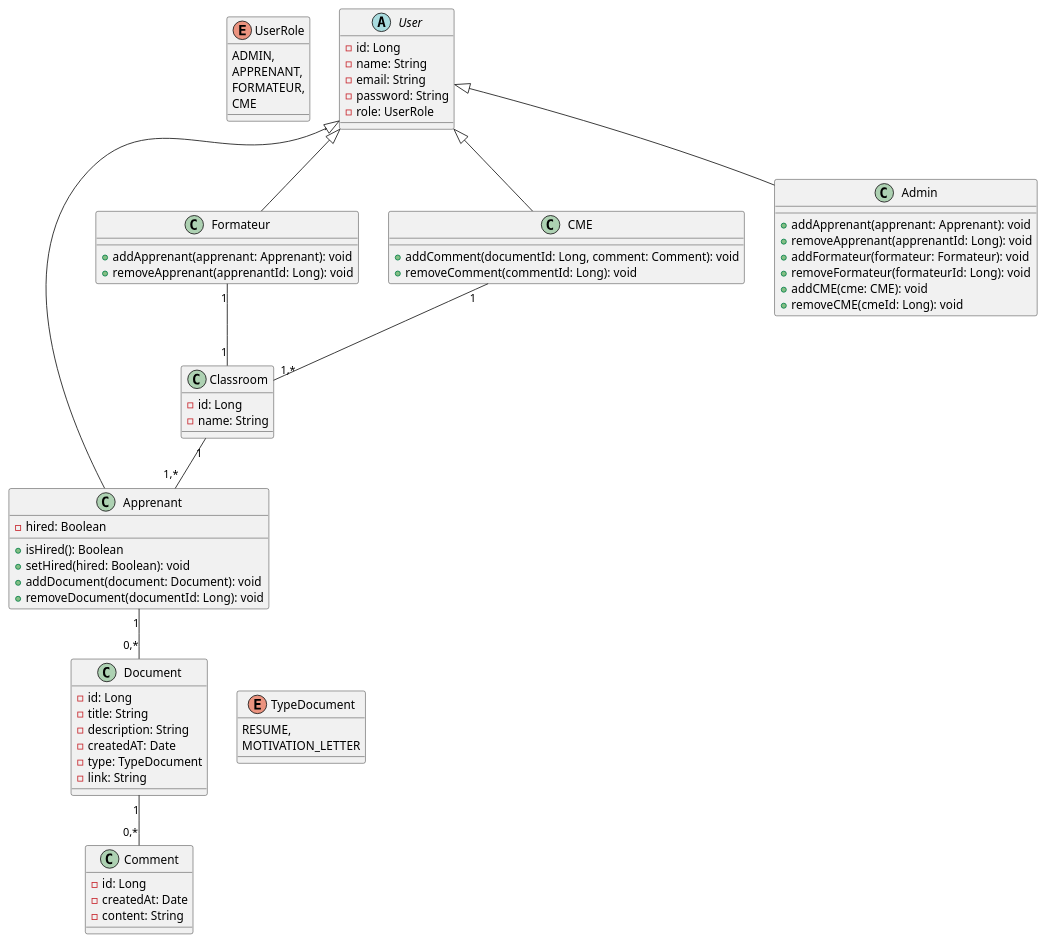
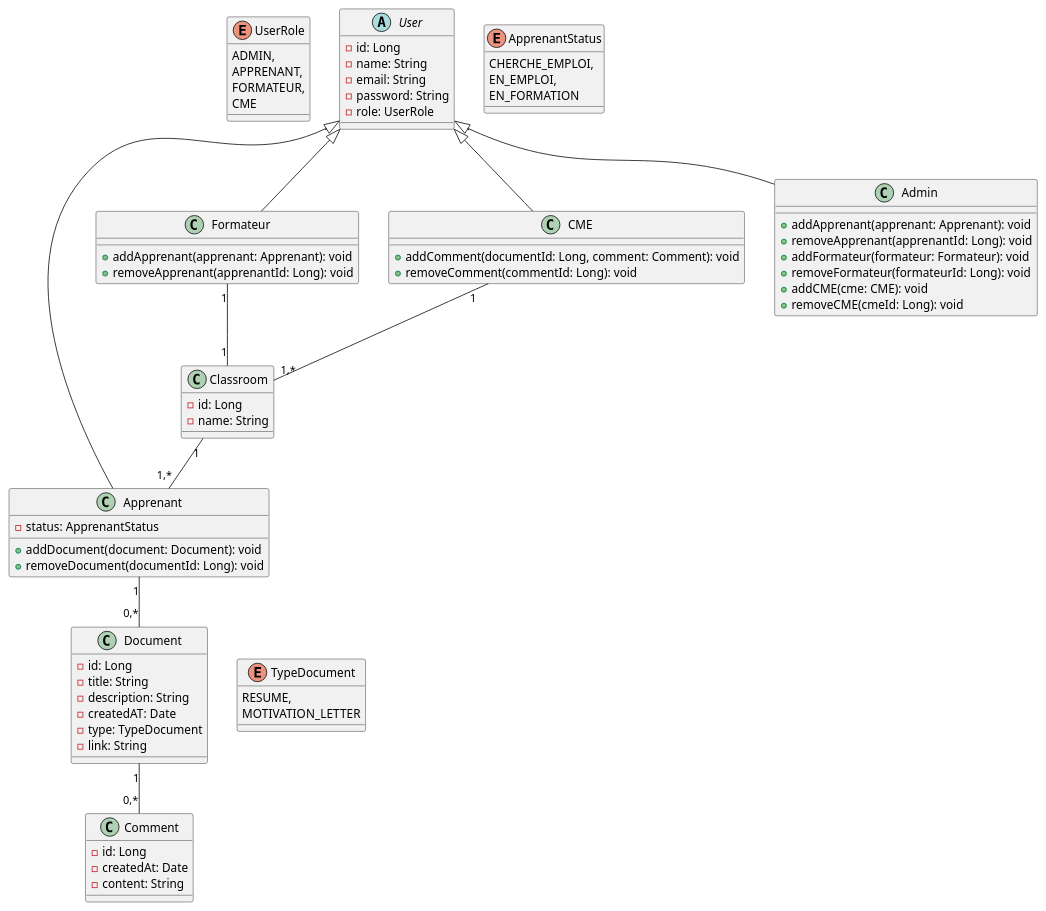
One commit to aymenBenadra/CVLibrary changed the diagram in UML Diagrams/class diagram.puml. Above: the diagram before and after it, drawn with PlantUML.

Commit message:
Updated class diagram.

```diff
--- a/UML Diagrams/class diagram.puml
+++ b/UML Diagrams/class diagram.puml
@@ -1,84 +1,88 @@
 @startuml
 
 abstract class User {
     - id: Long
     - name: String
     - email: String
     - password: String
     - role: UserRole
 }
 
 enum UserRole {
     ADMIN,
     APPRENANT,
     FORMATEUR,
     CME
 }
 
 class Apprenant extends User {
-    - hired: Boolean
-    + isHired(): Boolean
-    + setHired(hired: Boolean): void
+    - status: ApprenantStatus
     + addDocument(document: Document): void
     + removeDocument(documentId: Long): void
+}
+
+enum ApprenantStatus {
+    CHERCHE_EMPLOI,
+    EN_EMPLOI,
+    EN_FORMATION
 }
 
 class Formateur extends User {
     + addApprenant(apprenant: Apprenant): void
     + removeApprenant(apprenantId: Long): void
 }
 
 class CME extends User {
     + addComment(documentId: Long, comment: Comment): void
     + removeComment(commentId: Long): void
 }
 
 class Admin extends User {
     + addApprenant(apprenant: Apprenant): void
     + removeApprenant(apprenantId: Long): void
     + addFormateur(formateur: Formateur): void
     + removeFormateur(formateurId: Long): void
     + addCME(cme: CME): void
     + removeCME(cmeId: Long): void
 }
 
 class Classroom {
     - id: Long
     - name: String
 }
 
 class Document {
     - id: Long
     - title: String
     - description: String
     - createdAT: Date
     - type: TypeDocument
     - link: String
 }
 
 enum TypeDocument {
     RESUME,
     MOTIVATION_LETTER
 }
 
 class Comment {
     - id: Long
     - createdAt: Date
     - content: String
 }
 
 User -[hidden]left- UserRole
 
 Document -[hidden]right- TypeDocument
 
 Apprenant "1" -- "0,*" Document
 
 Classroom "1" -- "1,*" Apprenant
 
 Formateur "1" -- "1" Classroom
 
 CME "1" -- "1,*" Classroom
 
 Document "1" -- "0,*" Comment
 
 @enduml
```
